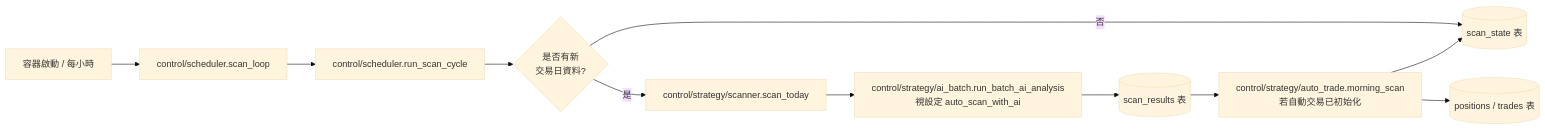
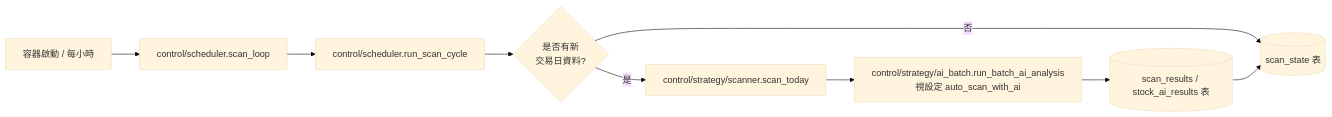
Before and after one commit to t33287720/stock-agent: the second of 3 diagrams in README.md, drawn with Mermaid (base theme). The commit also changed other lines of this file and 26 other files, not shown here.

````diff
--- a/README.md
+++ b/README.md
@@ -131,13 +126,11 @@
 ```mermaid
 flowchart LR
     Start[容器啟動 / 每小時] --> Loop[control/scheduler.scan_loop]
     Loop --> Cycle[control/scheduler.run_scan_cycle]
     Cycle --> Check{是否有新<br/>交易日資料?}
     Check -- 否 --> State[(scan_state 表)]
     Check -- 是 --> Scan[control/strategy/scanner.scan_today]
     Scan --> AI[control/strategy/ai_batch.run_batch_ai_analysis<br/>視設定 auto_scan_with_ai]
-    AI --> Results[(scan_results 表)]
-    Results --> Morning[control/strategy/auto_trade.morning_scan<br/>若自動交易已初始化]
-    Morning --> Positions[(positions / trades 表)]
-    Morning --> State
+    AI --> Results[(scan_results / stock_ai_results 表)]
+    Results --> State
 ```
````
